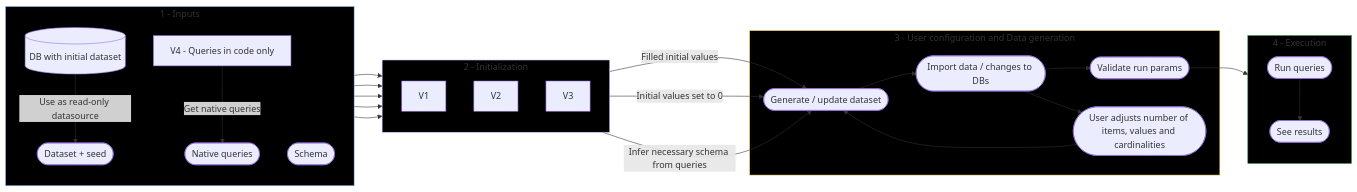
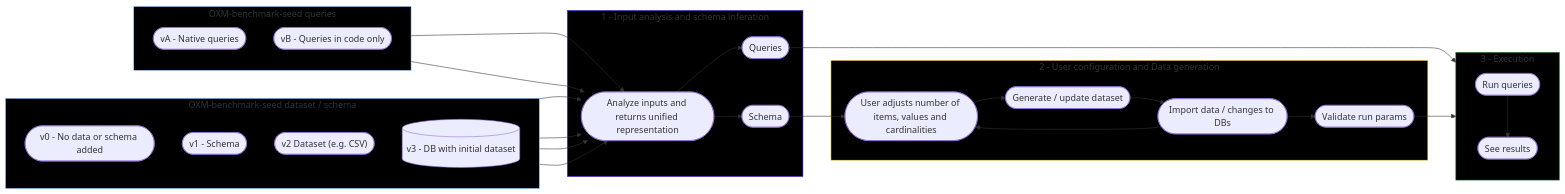
One commit to SimekJan/oxm-benchmark changed the diagram in docs/FLOW.md. Above: the diagram before and after it, drawn with Mermaid.

Commit message:
Update Flow chart after meeting

````diff
--- a/docs/FLOW.md
+++ b/docs/FLOW.md
@@ -1,58 +1,61 @@
 ```mermaid
 
 flowchart LR
-    subgraph INPUTS["1 - Inputs"]
+    subgraph INPUTS_DATASET["OXM-benchmark-seed dataset / schema"]
         direction TD
-        DATASET(["Dataset + seed"])
-        QUERIES(["Native queries"])
-        SCHEMA(["Schema"])
-        CODE_QUERIES["V4 - Queries in code only"]
-        CODE_QUERIES -->|" Get native queries "| QUERIES
-        READONLY_DATABASE[("DB with initial dataset")]
-        READONLY_DATABASE -->|" Use as read-only datasource "| DATASET
+        NOTHING(["v0 - No data or schema added"])
+        SCHEMA(["v1 - Schema"])
+        DATASET(["v2 Dataset (e.g. CSV)"])
+        READONLY_DATABASE[("v3 - DB with initial dataset")]
     end
 
-    subgraph INIT["2 - Initialization"]
+    subgraph INPUTS_QUERIES["OXM-benchmark-seed queries"]
         direction TD
-        V1["V1"]
-        V2["V2"]
-        V3["V3"]
+        QUERIES(["vA - Native queries"])
+        CODE_QUERIES(["vB - Queries in code only"])
     end
 
-    DATASET --> V1
-    QUERIES --> V1
-    SCHEMA --> V2
-    QUERIES --> V2
-    QUERIES --> V3
+    subgraph SCHEMA_INFER["1 - Input analysis and schema inferation"]
+        SCHEMA_ANALYSER(["Analyze inputs and returns unified representation"])
+        INFERRED_SCHEMA(["Schema"])
+        INFERRED_QUERIES(["Queries"])
+        SCHEMA_ANALYSER --> INFERRED_SCHEMA
+        SCHEMA_ANALYSER --> INFERRED_QUERIES
+    end
 
-    subgraph CONFIG["3 - User configuration and Data generation"]
+    NOTHING --> SCHEMA_ANALYSER
+    SCHEMA --> SCHEMA_ANALYSER
+    DATASET --> SCHEMA_ANALYSER
+    READONLY_DATABASE --> SCHEMA_ANALYSER
+    QUERIES --> SCHEMA_ANALYSER
+    CODE_QUERIES --> SCHEMA_ANALYSER
+
+    INFERRED_SCHEMA --> ADJUST
+    INFERRED_QUERIES --> RUN
+
+    subgraph CONFIG["2 - User configuration and Data generation"]
         ADJUST(["User adjusts number of items, values and cardinalities"])
         GENERATE(["Generate / update dataset"])
         IMPORT(["Import data / changes to DBs"])
         ADJUST --> GENERATE
         GENERATE --> IMPORT
         IMPORT --> ADJUST
         VALIDATE(["Validate run params"])
     end
 
-    V1 -->|" Filled initial values "| GENERATE
-    V2 -->|" Initial values set to 0 "| GENERATE
-    V3 -->|" Infer necessary schema from queries "| GENERATE
-
-    subgraph EXECUTION["4 - Execution"]
+    subgraph EXECUTION["3 - Execution"]
         direction TD
         RUN(["Run queries"])
         RESULTS(["See results"])
         IMPORT --> VALIDATE --> RUN --> RESULTS
     end
 
-    ADJUST ~~~ RUN
-
     classDef input fill: #DBEAFE, stroke: #2563EB, color: #1E3A8A
     classDef init fill: #EDE9FE, stroke: #7C3AED, color: #4C1D95
     classDef config fill: #222222, stroke: #D97706, color: #78350F
-    style INPUTS fill: #000000, stroke: #93C5FD
-    style INIT fill: #000000, stroke: #C4B5FD
+    style INPUTS_DATASET fill: #000000, stroke: #93C5FD
+    style INPUTS_QUERIES fill: #000000, stroke: #93C5FD
+    style SCHEMA_INFER fill: #000000, stroke: #5027f1
     style CONFIG fill: #000000, stroke: #FCD34D
     style EXECUTION fill: #000000, stroke: #197629
 ```
````
